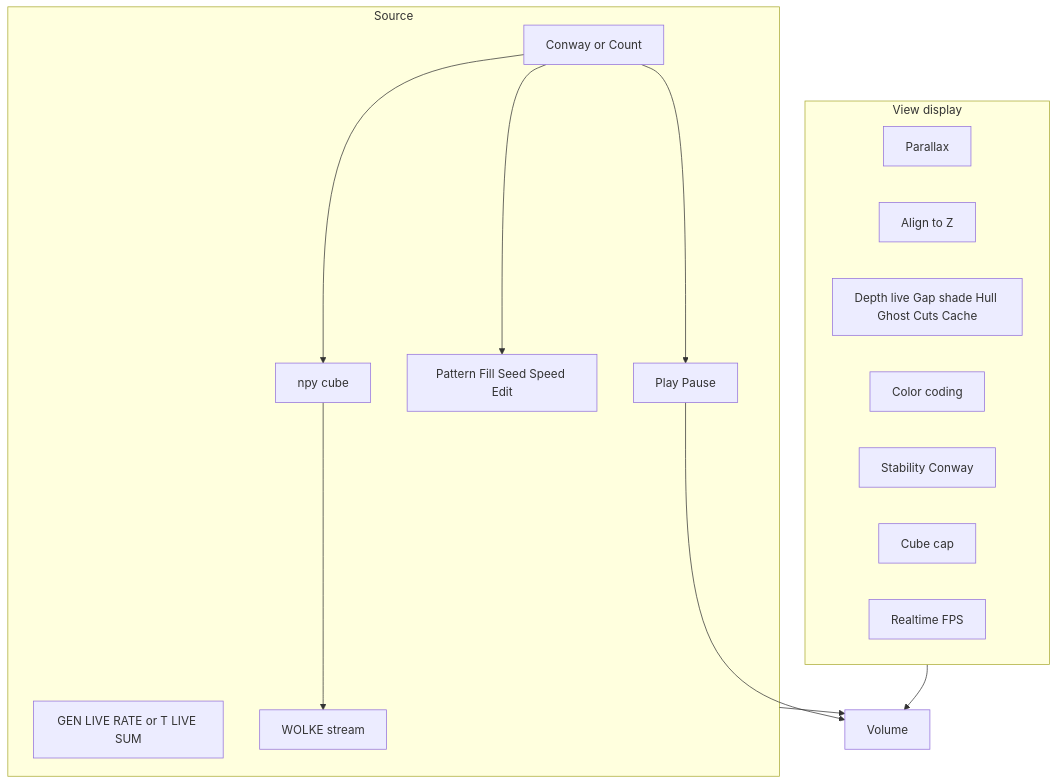
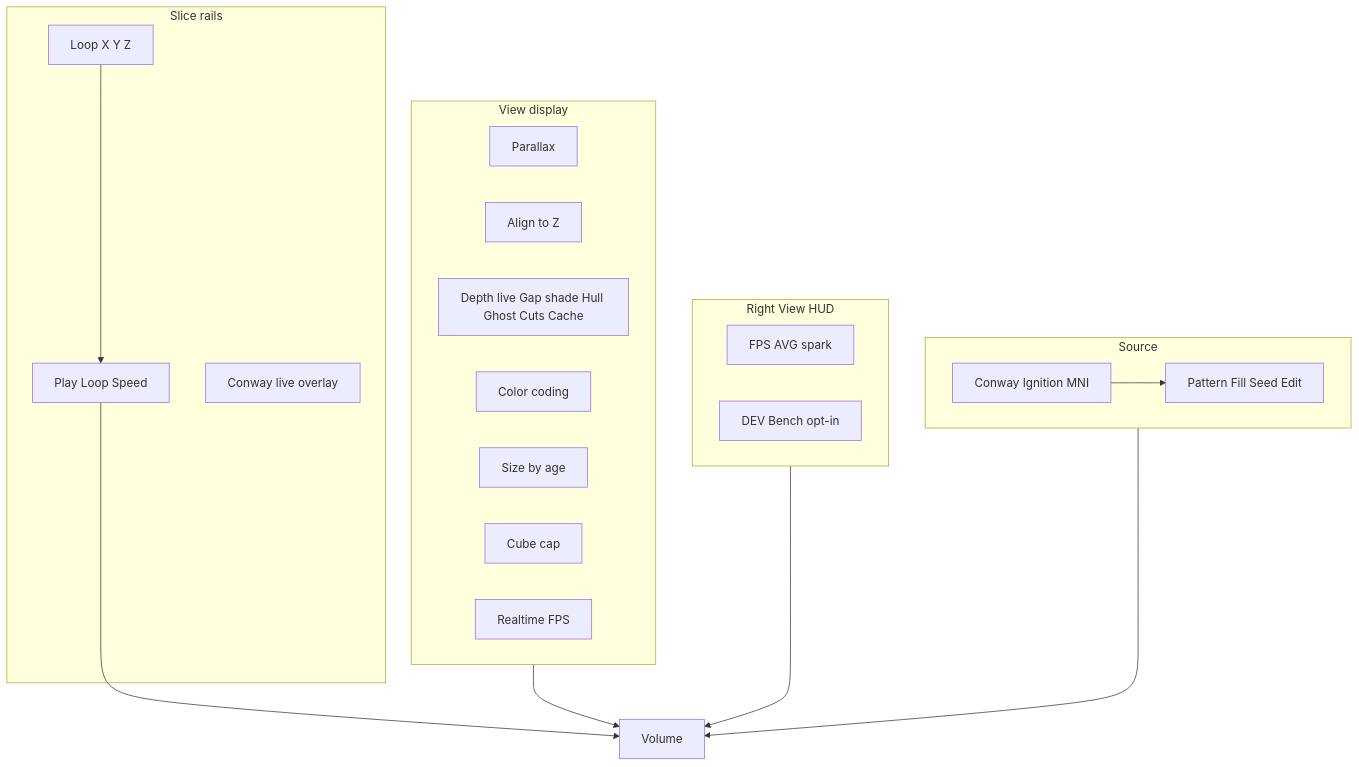
Before and after one commit to PiMaV/DONNER: the fifth of 31 diagrams in architecture.md, drawn with Mermaid. The commit also changed other lines of this file and 26 other files, not shown here.

Commit message:
Ship inspect loop as the highlighted plane and a growing hull, with Conway size-by-age and opt-in DEV Bench so the hot path stays off until asked.

````diff
--- a/architecture.md
+++ b/architecture.md
@@ -117,27 +134,31 @@
 ```mermaid
 flowchart TB
   subgraph view [View display]
     bird[Parallax]
     align[Align to Z]
     win[Depth live Gap shade Hull Ghost Cuts Cache]
     color[Color coding]
-    stab[Stability Conway]
+    stab[Size by age]
     cap[Cube cap]
     fps[Realtime FPS]
   end
+  subgraph hud [Right View HUD]
+    telemetry[FPS AVG spark]
+    bench[DEV Bench opt-in]
+  end
   subgraph source [Source]
-    kind[Conway or Count]
-    play[Play Pause]
-    gen[GEN LIVE RATE or T LIVE SUM]
-    conway[Pattern Fill Seed Speed Edit]
-    npy[npy cube]
-    stream[WOLKE stream]
+    kind[Conway Ignition MNI]
+    conway[Pattern Fill Seed Edit]
+  end
+  subgraph rails [Slice rails]
+    play[Play Loop Speed]
+    axes[Loop X Y Z]
+    gen[Conway live overlay]
   end
   view --> volume[Volume]
+  hud --> volume
   play --> volume
   source --> volume
-  kind --> play
   kind --> conway
-  kind --> npy
-  npy --> stream
+  axes --> play
 ```
````
